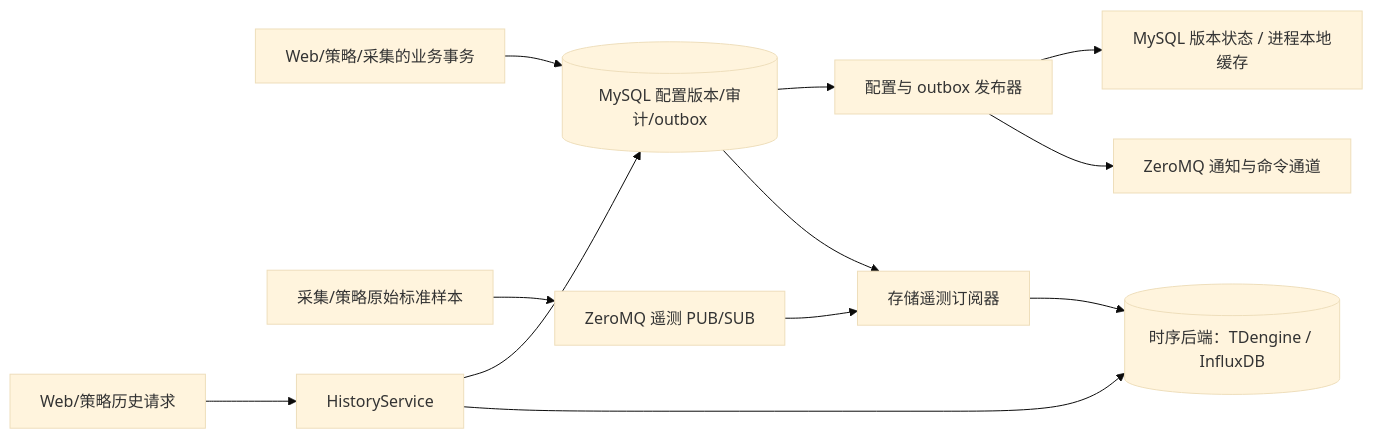
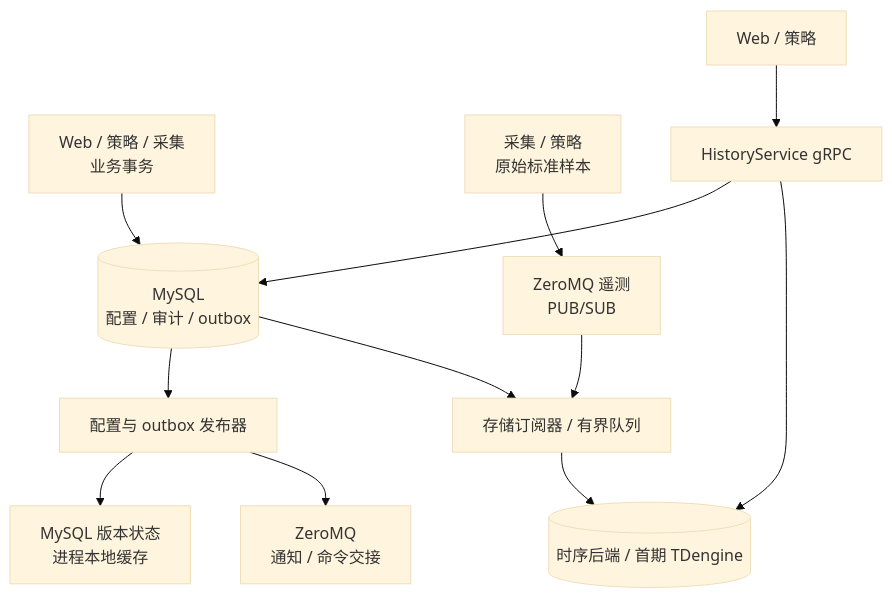
Before and after one commit to 600888/ems: the first of 5 diagrams in website/docs/processes/storage/design.md, drawn with Mermaid (base theme). The commit also changed other lines of this file and 17 other files, not shown here.

````diff
--- a/website/docs/processes/storage/design.md
+++ b/website/docs/processes/storage/design.md
@@ -22,14 +10,14 @@
 ```mermaid
-flowchart LR
-    CFG[Web/策略/采集的业务事务] --> MYSQL[(MySQL 配置版本/审计/outbox)]
-    MYSQL --> PUB[配置与 outbox 发布器]
-    PUB --> CONFIG[MySQL 版本状态 / 进程本地缓存]
-    PUB --> ZMQ[ZeroMQ 通知与命令通道]
-    SAMPLE[采集/策略原始标准样本] --> ZTELEM[ZeroMQ 遥测 PUB/SUB]
-    ZTELEM --> CONSUMER[存储遥测订阅器]
-    MYSQL --> CONSUMER
-    CONSUMER --> SERIES[(时序后端：TDengine / InfluxDB)]
-    WEB[Web/策略历史请求] --> QUERY[HistoryService]
-    QUERY --> MYSQL
-    QUERY --> SERIES
+flowchart TB
+    Business["Web / 策略 / 采集<br/>业务事务"] --> MYSQL[("MySQL<br/>配置 / 审计 / outbox")]
+    MYSQL --> Publish[配置与 outbox 发布器]
+    Publish --> Config["MySQL 版本状态<br/>进程本地缓存"]
+    Publish --> ZMQ["ZeroMQ<br/>通知 / 命令交接"]
+    Sample["采集 / 策略<br/>原始标准样本"] --> Telemetry["ZeroMQ 遥测<br/>PUB/SUB"]
+    Telemetry --> Consumer[存储订阅器 / 有界队列]
+    MYSQL --> Consumer
+    Consumer --> Series[(时序后端 / 首期 TDengine)]
+    Web[Web / 策略] --> Query[HistoryService gRPC]
+    Query --> MYSQL
+    Query --> Series
 ```
````
